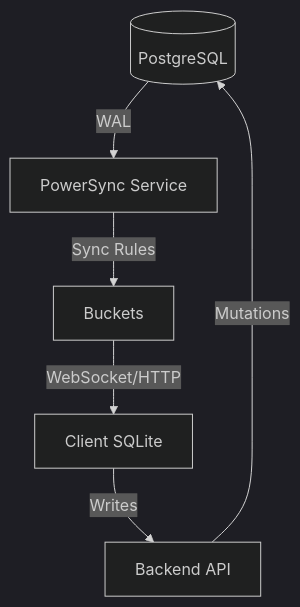
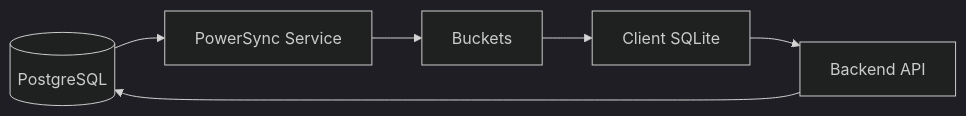
One commit to robelest/robelest changed the third of 12 diagrams in journal/2025-12-25-replicate-local-first.md. Above: the diagram before and after it, drawn with Mermaid (dark theme). The commit also changed other lines of this file and 3 other files, not shown here.

First line of the commit message:
feat: use mermaid-cli for PDF diagram rendering with caching

````diff
--- a/journal/2025-12-25-replicate-local-first.md
+++ b/journal/2025-12-25-replicate-local-first.md
@@ -190,8 +189,8 @@
 ```mermaid
-flowchart TD
-    PG[(PostgreSQL)] -->|WAL| PS[PowerSync Service]
-    PS -->|Sync Rules| BUCKET[Buckets]
-    BUCKET -->|WebSocket/HTTP| CLIENT[Client SQLite]
-    CLIENT -->|Writes| API[Backend API]
-    API -->|Mutations| PG
+flowchart LR
+    PG[(PostgreSQL)] --> PS[PowerSync Service]
+    PS --> BUCKET[Buckets]
+    BUCKET -->CLIENT[Client SQLite]
+    CLIENT -->API[Backend API]
+    API --> PG
 ```
````
